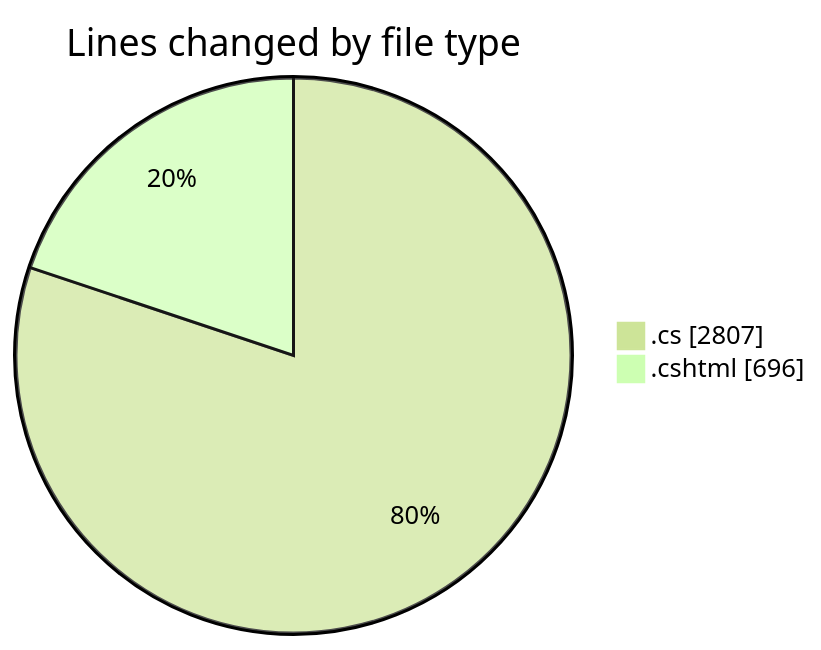
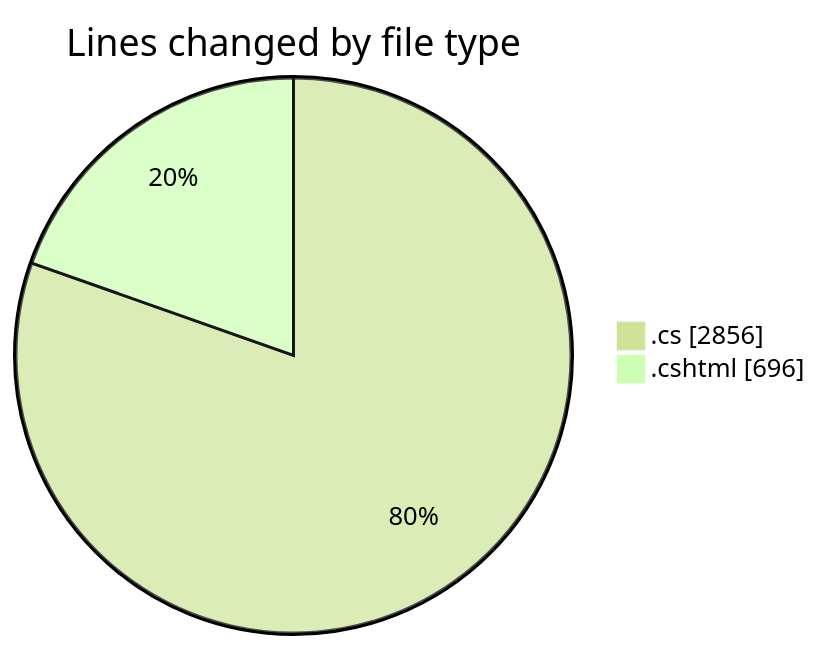
The first of 2 diagrams in 2025-07-15/nhahang/README.md (lephambinh05/code-tracking), drawn with Mermaid (forest theme) before and after one commit. The commit also changed other lines of this file and 1 other file, not shown here.

````diff
--- a/2025-07-15/nhahang/README.md
+++ b/2025-07-15/nhahang/README.md
@@ -77,6 +77,6 @@
 ```mermaid
 pie showData
 title Lines changed by file type
-".cs" : 2807
+".cs" : 2856
 ".cshtml" : 696
 ```
````
